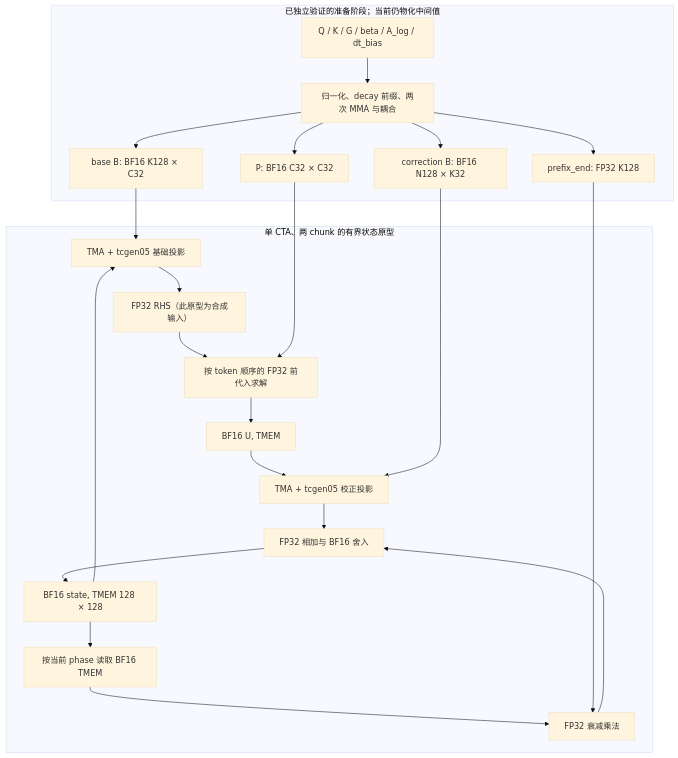
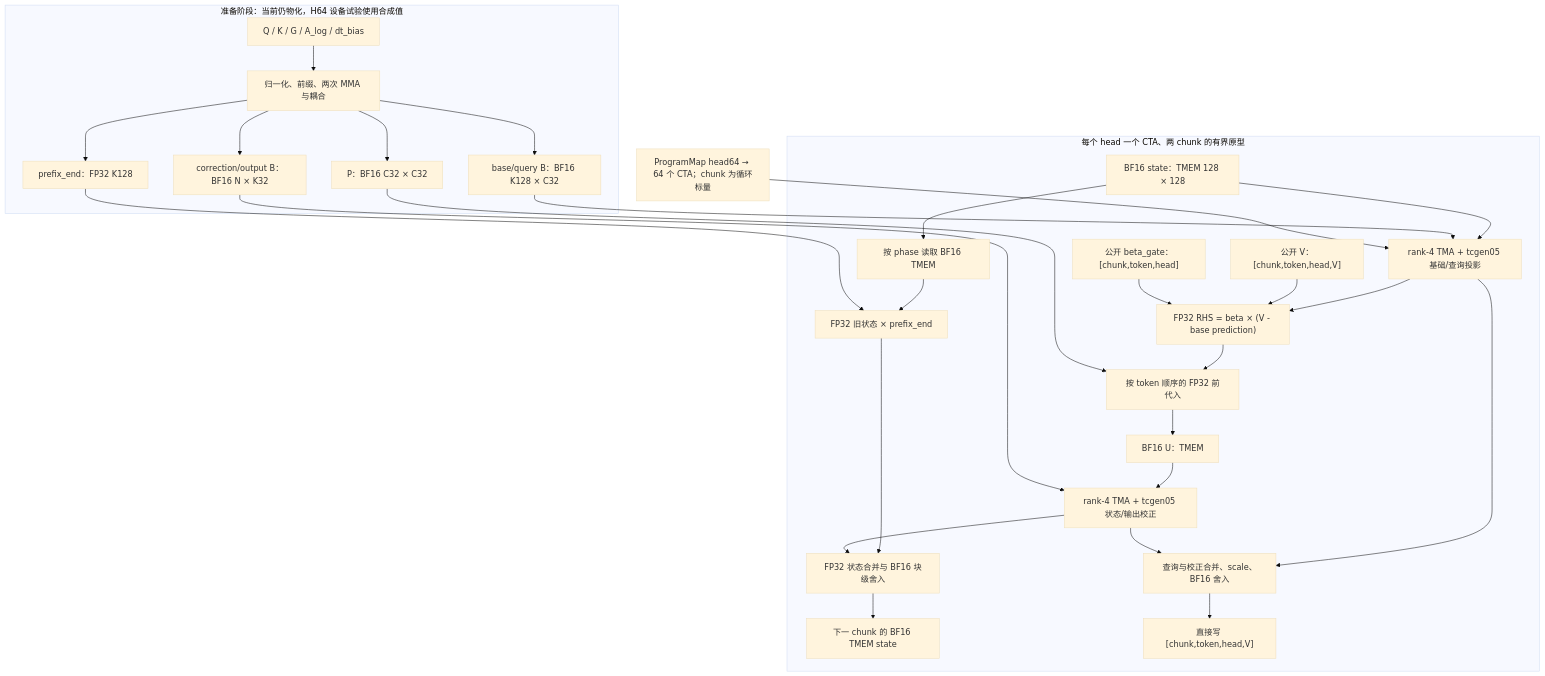
The diagram in docs/figures/kda-b300-native-lowering.mmd (qhy991/open-cake-ir), drawn with Mermaid (base theme) before and after one commit. The commit also changed 2 other files, not shown here.

Commit message:
Document H64 TMA lowering and device evidence

```diff
--- a/docs/figures/kda-b300-native-lowering.mmd
+++ b/docs/figures/kda-b300-native-lowering.mmd
@@ -1,25 +1,36 @@
 flowchart TB
-  subgraph prep["已独立验证的准备阶段；当前仍物化中间值"]
-    raw["Q / K / G / beta / A_log / dt_bias"] --> factors["归一化、decay 前缀、两次 MMA 与耦合"]
-    factors --> base_b["base B: BF16 K128 × C32"]
-    factors --> coeff["P: BF16 C32 × C32"]
-    factors --> correction_b["correction B: BF16 N128 × K32"]
-    factors --> prefix["prefix_end: FP32 K128"]
+  subgraph prep["准备阶段：当前仍物化，H64 设备试验使用合成值"]
+    raw["Q / K / G / A_log / dt_bias"] --> factors["归一化、前缀、两次 MMA 与耦合"]
+    factors --> base_b["base/query B：BF16 K128 × C32"]
+    factors --> coeff["P：BF16 C32 × C32"]
+    factors --> correction_b["correction/output B：BF16 N × K32"]
+    factors --> prefix["prefix_end：FP32 K128"]
   end
 
-  subgraph state["单 CTA、两 chunk 的有界状态原型"]
-    old_state["BF16 state, TMEM 128 × 128"] --> base["TMA + tcgen05 基础投影"]
+  head["ProgramMap head64 → 64 个 CTA；chunk 为循环标量"]
+  public_v["公开 V：[chunk,token,head,V]"]
+  beta["公开 beta_gate：[chunk,token,head]"]
+
+  subgraph state["每个 head 一个 CTA、两 chunk 的有界原型"]
+    old_state["BF16 state：TMEM 128 × 128"] --> base["rank-4 TMA + tcgen05 基础/查询投影"]
     base_b --> base
-    base --> rhs["FP32 RHS（此原型为合成输入）"]
-    rhs --> solve["按 token 顺序的 FP32 前代入求解"]
+    base --> rhs["FP32 RHS = beta × (V - base prediction)"]
+    public_v --> rhs
+    beta --> rhs
+    rhs --> solve["按 token 顺序的 FP32 前代入"]
     coeff --> solve
-    solve --> updates["BF16 U, TMEM"]
-    updates --> correction["TMA + tcgen05 校正投影"]
+    solve --> updates["BF16 U：TMEM"]
+    updates --> correction["rank-4 TMA + tcgen05 状态/输出校正"]
     correction_b --> correction
-    old_state --> read_state["按当前 phase 读取 BF16 TMEM"]
-    read_state --> decay["FP32 衰减乘法"]
+    old_state --> read_state["按 phase 读取 BF16 TMEM"]
+    read_state --> decay["FP32 旧状态 × prefix_end"]
     prefix --> decay
-    decay --> combine["FP32 相加与 BF16 舍入"]
+    decay --> combine["FP32 状态合并与 BF16 块级舍入"]
     correction --> combine
-    combine --> old_state
+    combine --> next_state["下一 chunk 的 BF16 TMEM state"]
+    base --> output["查询与校正合并、scale、BF16 舍入"]
+    correction --> output
+    output --> store["直接写 [chunk,token,head,V]"]
   end
+
+  head --> base
```
